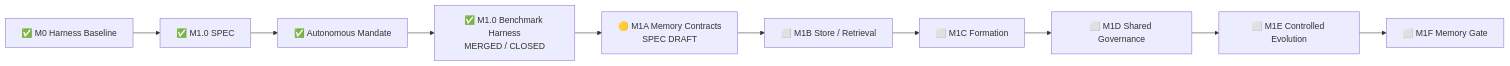
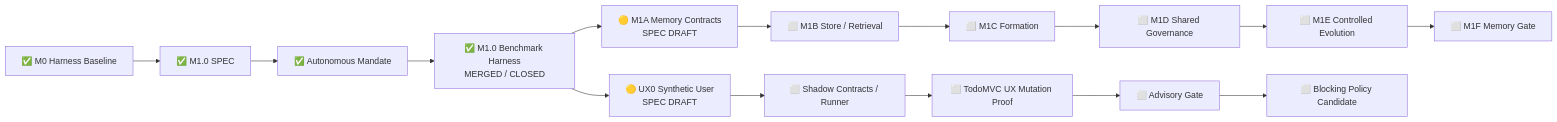
Before and after one commit to lsq1030757028/Pytest-playwright-e2e: the diagram in docs/implementation-status.md, drawn with Mermaid. The commit also changed other lines of this file and 16 other files, not shown here.

First line of the commit message:
Define UX0 Synthetic User and Experience Acceptance Plane (#30)

````diff
--- a/docs/implementation-status.md
+++ b/docs/implementation-status.md
@@ -36,13 +49,19 @@
 ```mermaid
 flowchart LR
     A[✅ M0 Harness Baseline]
     --> B[✅ M1.0 SPEC]
     --> C[✅ Autonomous Mandate]
     --> D[✅ M1.0 Benchmark Harness<br/>MERGED / CLOSED]
     --> E[🟡 M1A Memory Contracts<br/>SPEC DRAFT]
     --> F[⬜ M1B Store / Retrieval]
     --> G[⬜ M1C Formation]
     --> H[⬜ M1D Shared Governance]
     --> I[⬜ M1E Controlled Evolution]
     --> J[⬜ M1F Memory Gate]
+
+    D --> U1[🟡 UX0 Synthetic User<br/>SPEC DRAFT]
+    U1 --> U2[⬜ Shadow Contracts / Runner]
+    U2 --> U3[⬜ TodoMVC UX Mutation Proof]
+    U3 --> U4[⬜ Advisory Gate]
+    U4 --> U5[⬜ Blocking Policy Candidate]
 ```
````
